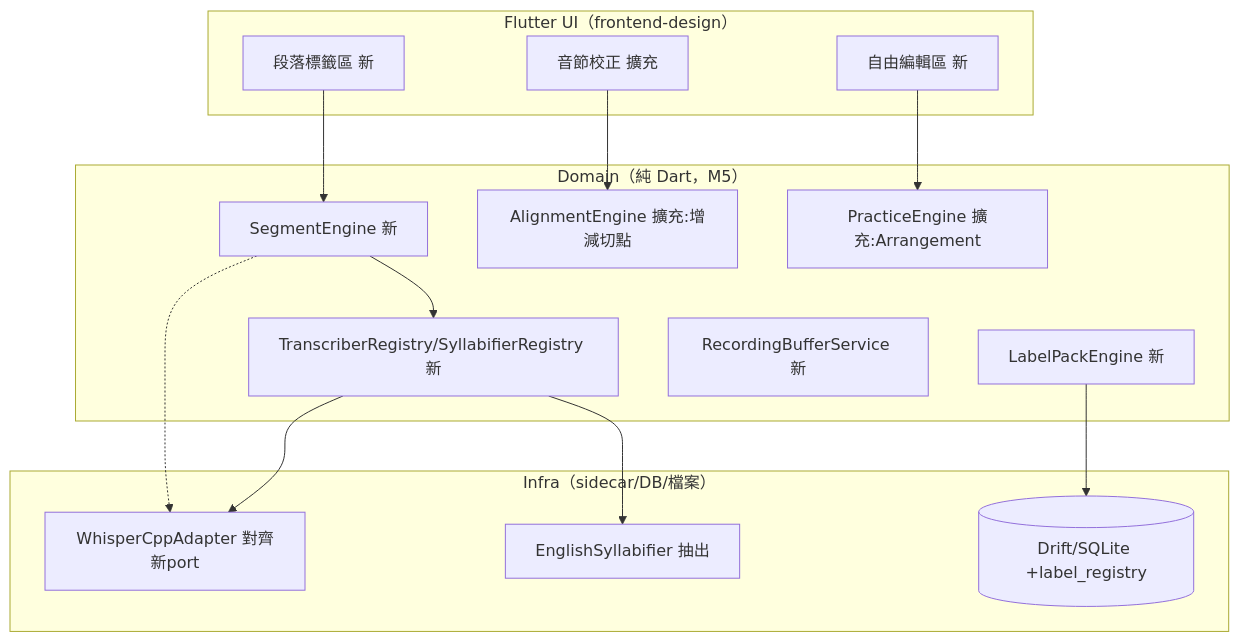
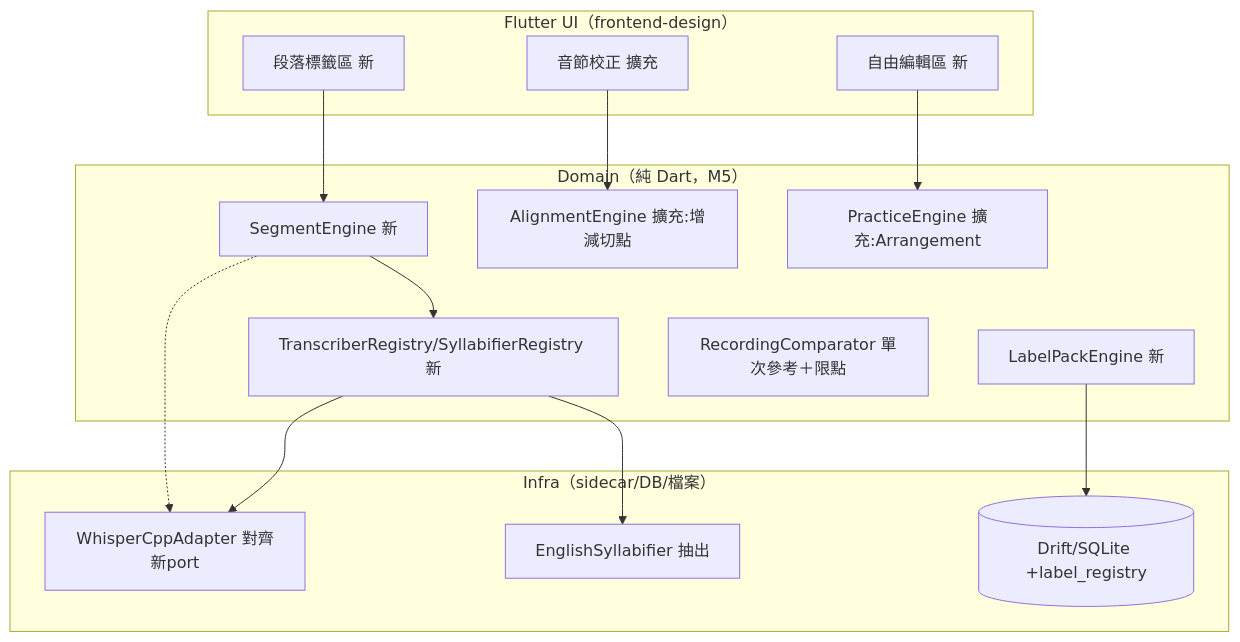
Before and after one commit to karenli628/syllable-repeater: the first of 4 diagrams in spec-syllable-repeater/requirements/syllable-practice-macos-v1.1_20260712/design/backend-design.md, drawn with Mermaid. The commit also changed other lines of this file and 19 other files, not shown here.

````diff
--- a/spec-syllable-repeater/requirements/syllable-practice-macos-v1.1_20260712/design/backend-design.md
+++ b/spec-syllable-repeater/requirements/syllable-practice-macos-v1.1_20260712/design/backend-design.md
@@ -50,28 +54,28 @@
 ```mermaid
 flowchart TD
     subgraph UI["Flutter UI（frontend-design）"]
         LBL[段落標籤區 新]
         EDT[音節校正 擴充]
         ARR[自由編輯區 新]
     end
     subgraph Domain["Domain（純 Dart，M5）"]
         SEG[SegmentEngine 新]
         ALN[AlignmentEngine 擴充:增減切點]
         PRC[PracticeEngine 擴充:Arrangement]
         REG[TranscriberRegistry/SyllabifierRegistry 新]
         LPE2[LabelPackEngine 新]
-        RBF[RecordingBufferService 新]
+        RC[RecordingComparator 單次參考＋限點]
     end
     subgraph Infra["Infra（sidecar/DB/檔案）"]
         WSP[WhisperCppAdapter 對齊新port]
         SYL[EnglishSyllabifier 抽出]
         DB[(Drift/SQLite +label_registry)]
     end
     LBL --> SEG --> REG
     EDT --> ALN
     ARR --> PRC
     SEG -.-> WSP
     REG --> WSP
     REG --> SYL
     LPE2 --> DB
 ```
````
